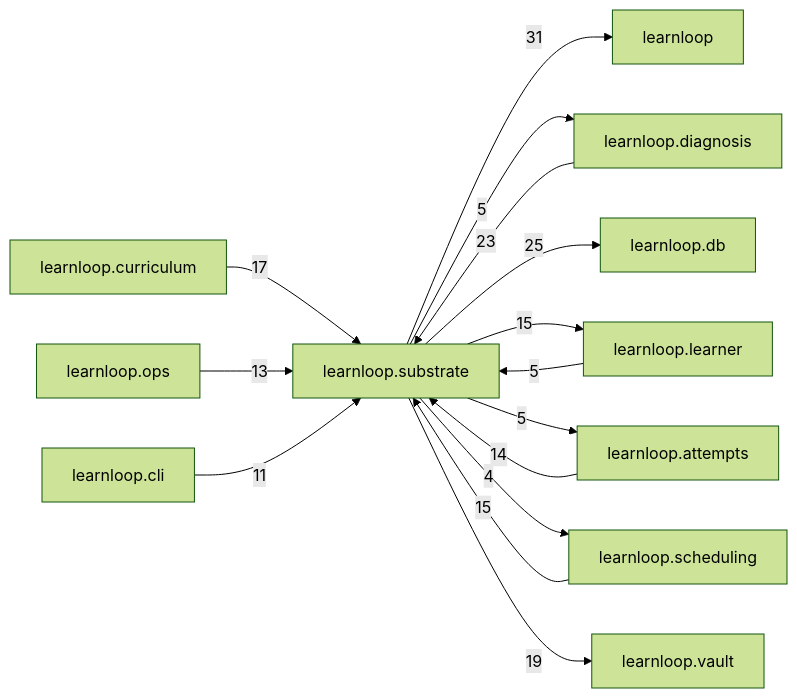
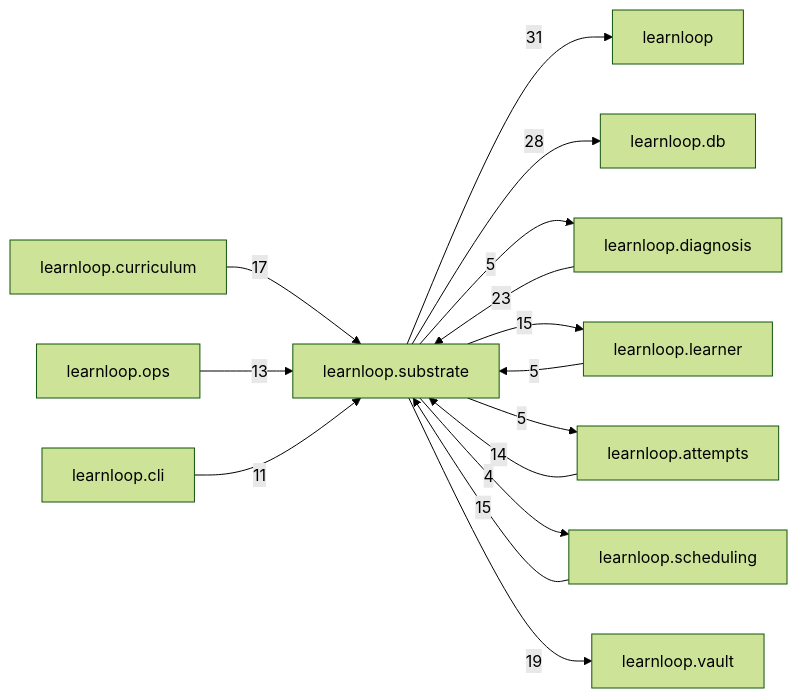
Before and after one commit to 6up-b/learnanything: the diagram in docs/learnloop-architecture-vault/Reference/Modules/learnloop/substrate/_package.md, drawn with Mermaid (forest theme). The commit also changed other lines of this file and 49 other files, not shown here.

````diff
--- a/docs/learnloop-architecture-vault/Reference/Modules/learnloop/substrate/_package.md
+++ b/docs/learnloop-architecture-vault/Reference/Modules/learnloop/substrate/_package.md
@@ -164,28 +164,28 @@
 ```mermaid
 flowchart LR
     center["learnloop.substrate"]
     n_learnloop["learnloop"]
+    n_learnloop_db["learnloop.db"]
     n_learnloop_diagnosis["learnloop.diagnosis"]
-    n_learnloop_db["learnloop.db"]
     n_learnloop_learner["learnloop.learner"]
     n_learnloop_attempts["learnloop.attempts"]
     n_learnloop_scheduling["learnloop.scheduling"]
     n_learnloop_vault["learnloop.vault"]
     n_learnloop_curriculum["learnloop.curriculum"]
     n_learnloop_ops["learnloop.ops"]
     n_learnloop_cli["learnloop.cli"]
     center -->|31| n_learnloop
+    center -->|28| n_learnloop_db
     n_learnloop_diagnosis -->|23| center
     center -->|5| n_learnloop_diagnosis
-    center -->|25| n_learnloop_db
     n_learnloop_learner -->|5| center
     center -->|15| n_learnloop_learner
     n_learnloop_attempts -->|14| center
     center -->|5| n_learnloop_attempts
     n_learnloop_scheduling -->|15| center
     center -->|4| n_learnloop_scheduling
     center -->|19| n_learnloop_vault
     n_learnloop_curriculum -->|17| center
     n_learnloop_ops -->|13| center
     n_learnloop_cli -->|11| center
 ```
````
